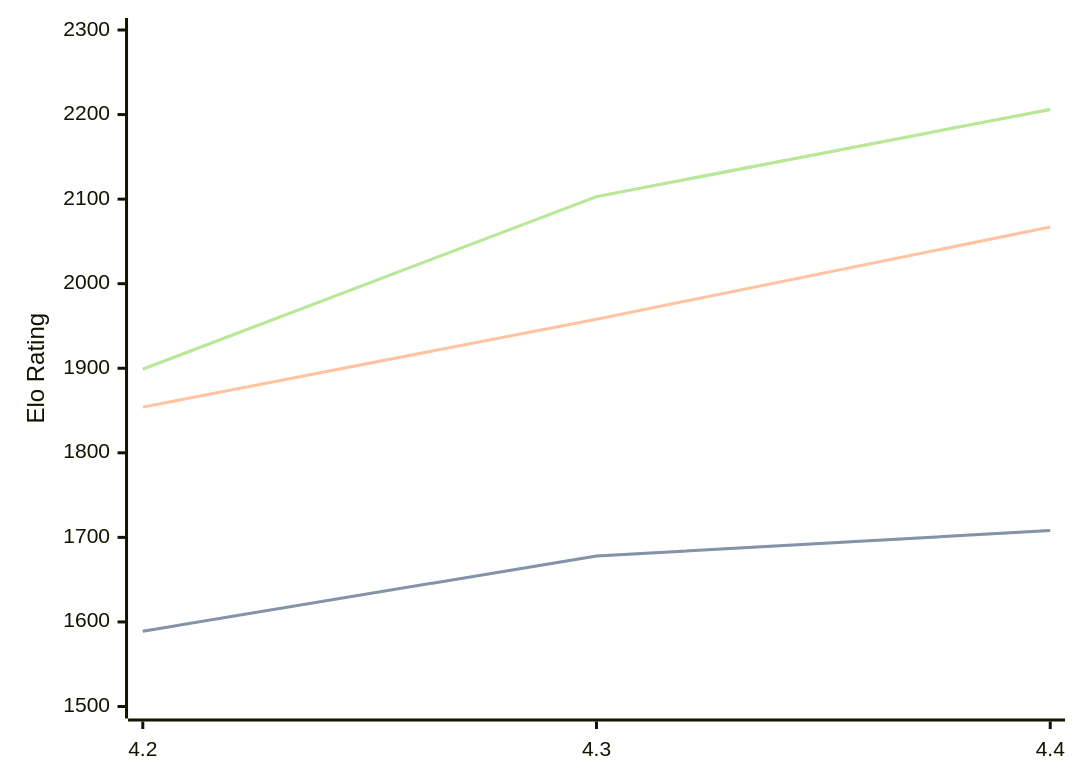
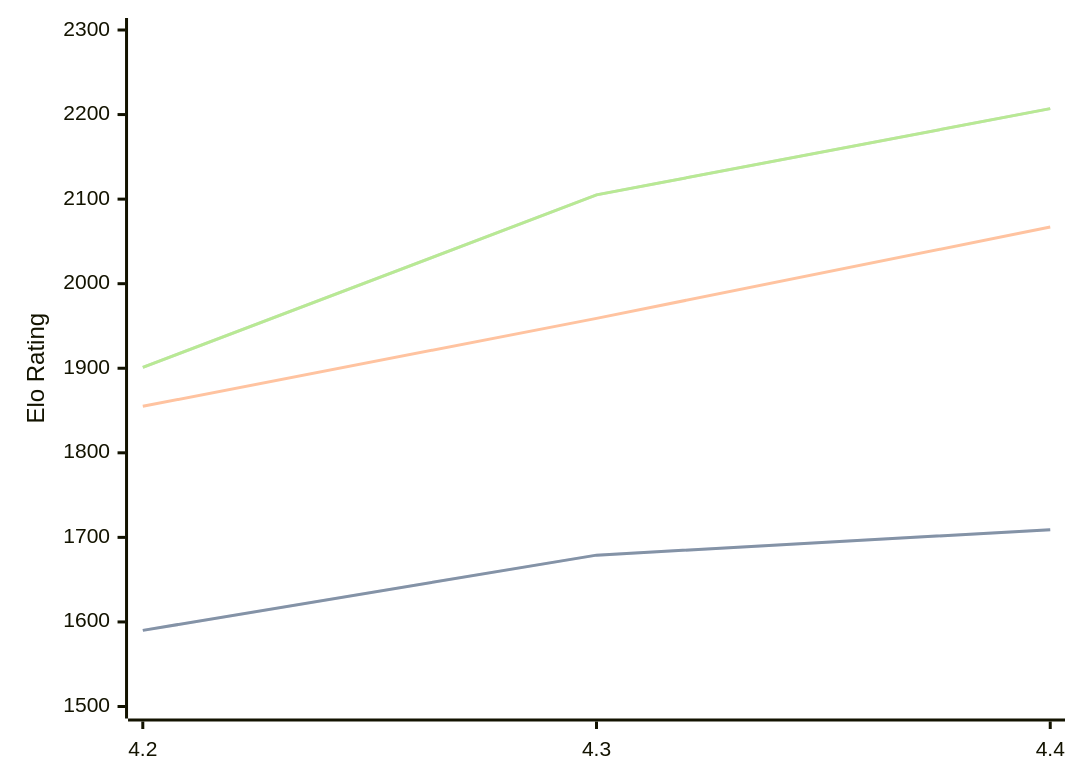
Before and after one commit to computer-chess-index/cci: the diagram in engines/Radiance.md, drawn with Mermaid. The commit also changed other lines of this file, not shown here.

Commit message:
Update CCI Ratings (ELO VLTC) - 2026-10-09

````diff
--- a/engines/Radiance.md
+++ b/engines/Radiance.md
@@ -33,11 +33,11 @@
 ```mermaid
 %%{init: {"theme":"base","themeVariables":{"seriesColors:['#a3a3a3','#222221','#faa371']}}}%%
 xychart-beta
   x-axis ["4.2", "4.3", "4.4"]
   y-axis "Elo Rating" 1500 --> 2300
-  line "" [1589, 1678, 1708]
-  line "STC (8.0+0.08s)" [1589, 1678, 1708]
-  line "LTC (60.0+0.60s)" [1854, 1958, 2067]
-  line "" [1899, 2103, 2206]
-  line "VLTC (2m24s+1.12s)" [1899, 2103, 2206]
+  line "" [1590, 1679, 1709]
+  line "STC (8.0+0.08s)" [1590, 1679, 1709]
+  line "LTC (60.0+0.60s)" [1855, 1959, 2067]
+  line "" [1901, 2105, 2207]
+  line "VLTC (2m24s+1.12s)" [1901, 2105, 2207]
 ```
````
